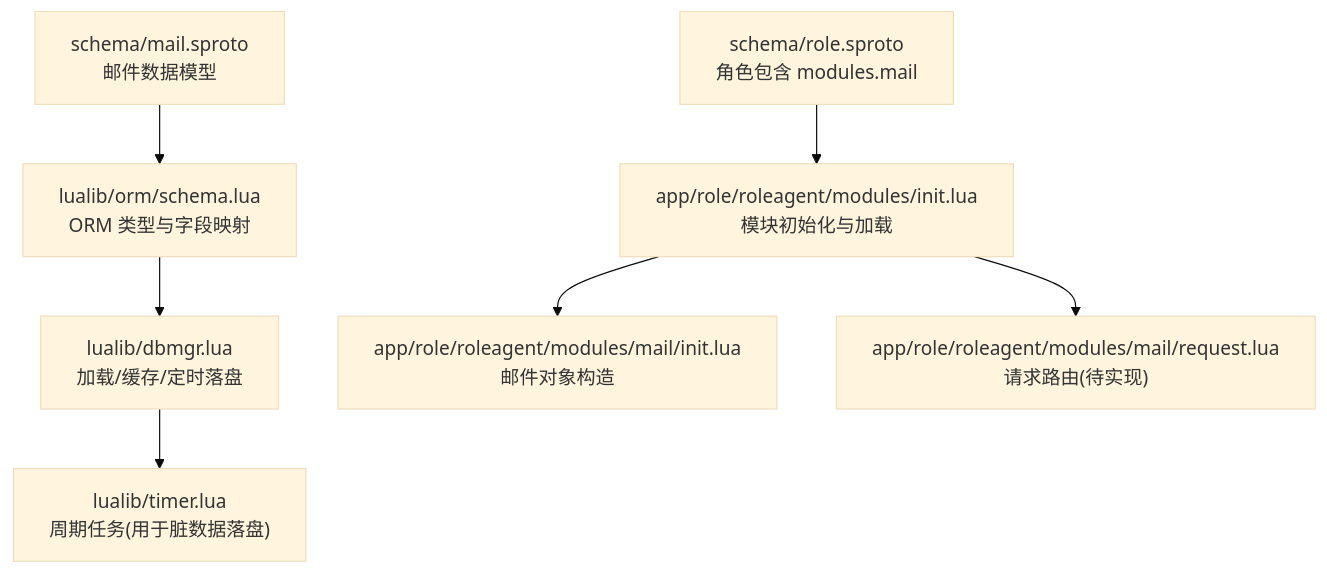
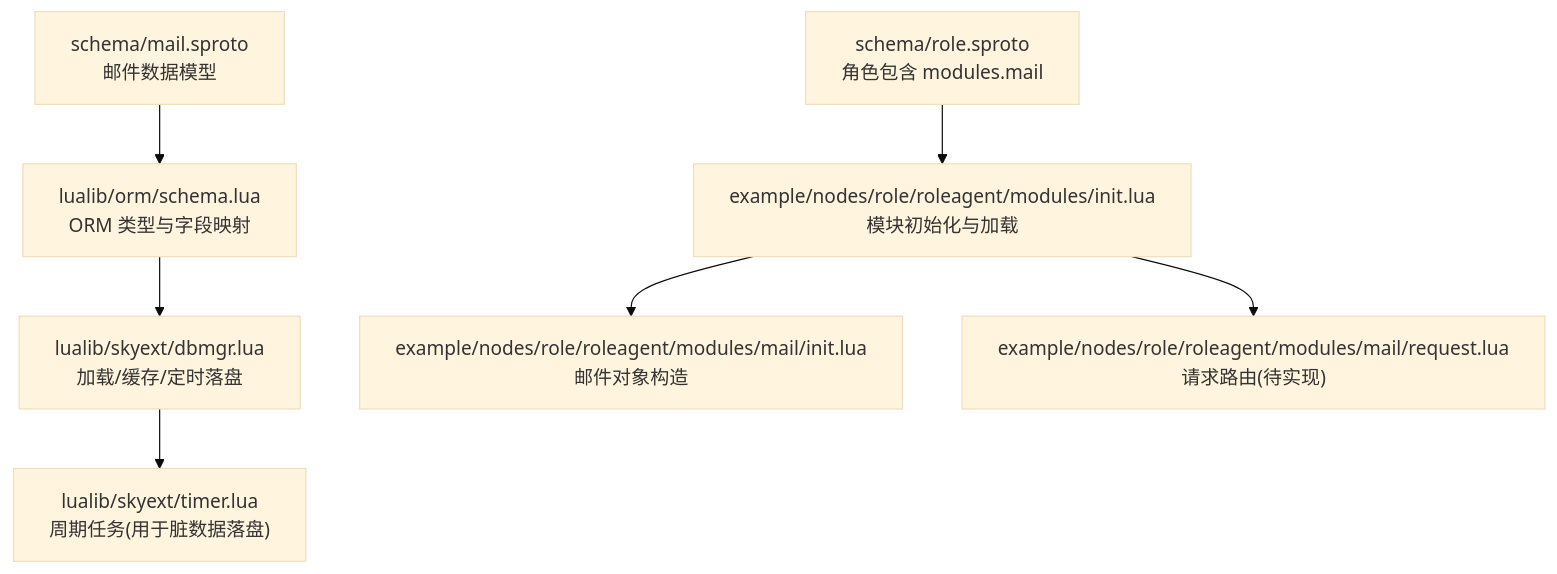
One commit to hanxi/skyext changed the first of 5 diagrams in docs/repowiki/zh/content/服务模块/Role 服务/角色模块系统/邮件系统模块.md. Above: the diagram before and after it, drawn with Mermaid (base theme). The commit also changed other lines of this file and 117 other files, not shown here.

````diff
--- a/docs/repowiki/zh/content/服务模块/Role 服务/角色模块系统/邮件系统模块.md
+++ b/docs/repowiki/zh/content/服务模块/Role 服务/角色模块系统/邮件系统模块.md
@@ -42,9 +42,9 @@
 ```mermaid
 graph TB
 A["schema/mail.sproto<br/>邮件数据模型"] --> B["lualib/orm/schema.lua<br/>ORM 类型与字段映射"]
-B --> C["lualib/dbmgr.lua<br/>加载/缓存/定时落盘"]
-D["schema/role.sproto<br/>角色包含 modules.mail"] --> E["app/role/roleagent/modules/init.lua<br/>模块初始化与加载"]
-E --> F["app/role/roleagent/modules/mail/init.lua<br/>邮件对象构造"]
-E --> G["app/role/roleagent/modules/mail/request.lua<br/>请求路由(待实现)"]
-C --> H["lualib/timer.lua<br/>周期任务(用于脏数据落盘)"]
+B --> C["lualib/skyext/dbmgr.lua<br/>加载/缓存/定时落盘"]
+D["schema/role.sproto<br/>角色包含 modules.mail"] --> E["example/nodes/role/roleagent/modules/init.lua<br/>模块初始化与加载"]
+E --> F["example/nodes/role/roleagent/modules/mail/init.lua<br/>邮件对象构造"]
+E --> G["example/nodes/role/roleagent/modules/mail/request.lua<br/>请求路由(待实现)"]
+C --> H["lualib/skyext/timer.lua<br/>周期任务(用于脏数据落盘)"]
 ```
````
